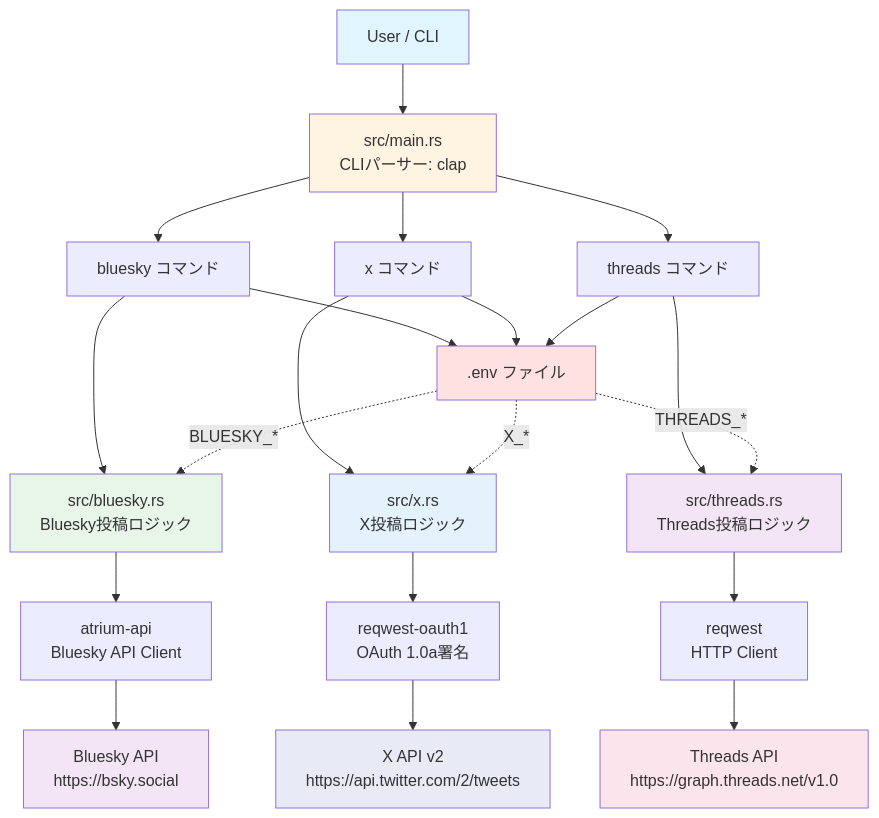
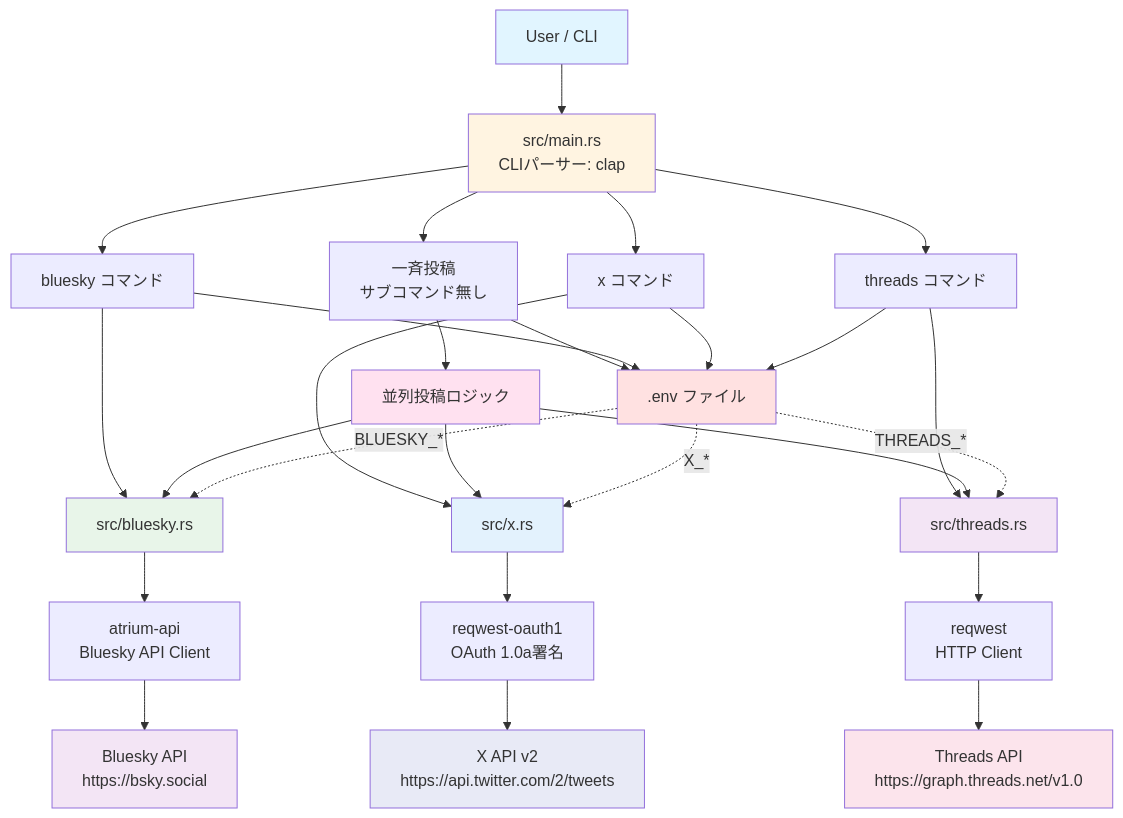
One commit to kskwtnk/social-cli changed the first of 2 diagrams in docs/architecture.md. Above: the diagram before and after it, drawn with Mermaid. The commit also changed other lines of this file and 5 other files, not shown here.

````diff
--- a/docs/architecture.md
+++ b/docs/architecture.md
@@ -11,38 +18,46 @@
 ```mermaid
 graph TD
     User[User / CLI] --> Main[src/main.rs<br/>CLIパーサー: clap]
 
+    Main --> AllCmd[一斉投稿<br/>サブコマンド無し]
     Main --> BlueskyCmd[bluesky コマンド]
     Main --> XCmd[x コマンド]
     Main --> ThreadsCmd[threads コマンド]
 
-    BlueskyCmd --> Env[.env ファイル]
+    AllCmd --> Env[.env ファイル]
+    BlueskyCmd --> Env
     XCmd --> Env
     ThreadsCmd --> Env
 
-    BlueskyCmd --> BlueskyMod[src/bluesky.rs<br/>Bluesky投稿ロジック]
-    XCmd --> XMod[src/x.rs<br/>X投稿ロジック]
-    ThreadsCmd --> ThreadsMod[src/threads.rs<br/>Threads投稿ロジック]
+    AllCmd --> AllLogic[並列投稿ロジック]
+    BlueskyCmd --> BlueskyMod[src/bluesky.rs]
+    XCmd --> XMod[src/x.rs]
+    ThreadsCmd --> ThreadsMod[src/threads.rs]
+
+    AllLogic --> BlueskyMod
+    AllLogic --> XMod
+    AllLogic --> ThreadsMod
 
     BlueskyMod --> AtriumAPI[atrium-api<br/>Bluesky API Client]
     XMod --> OAuth1[reqwest-oauth1<br/>OAuth 1.0a署名]
     ThreadsMod --> Reqwest[reqwest<br/>HTTP Client]
 
     AtriumAPI --> BlueskyAPI[Bluesky API<br/>https://bsky.social]
     OAuth1 --> XAPI[X API v2<br/>https://api.twitter.com/2/tweets]
     Reqwest --> ThreadsAPI[Threads API<br/>https://graph.threads.net/v1.0]
 
     Env -.-> |BLUESKY_*| BlueskyMod
     Env -.-> |X_*| XMod
     Env -.-> |THREADS_*| ThreadsMod
 
     style User fill:#e1f5ff
     style Main fill:#fff4e1
+    style AllLogic fill:#ffe1f0
     style BlueskyMod fill:#e8f5e9
     style XMod fill:#e3f2fd
     style ThreadsMod fill:#f3e5f5
     style Env fill:#ffe1e1
     style BlueskyAPI fill:#f3e5f5
     style XAPI fill:#e8eaf6
     style ThreadsAPI fill:#fce4ec
 ```
````
